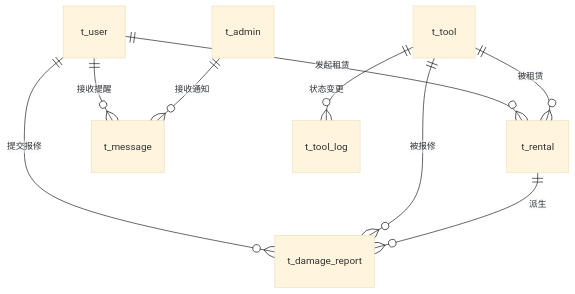
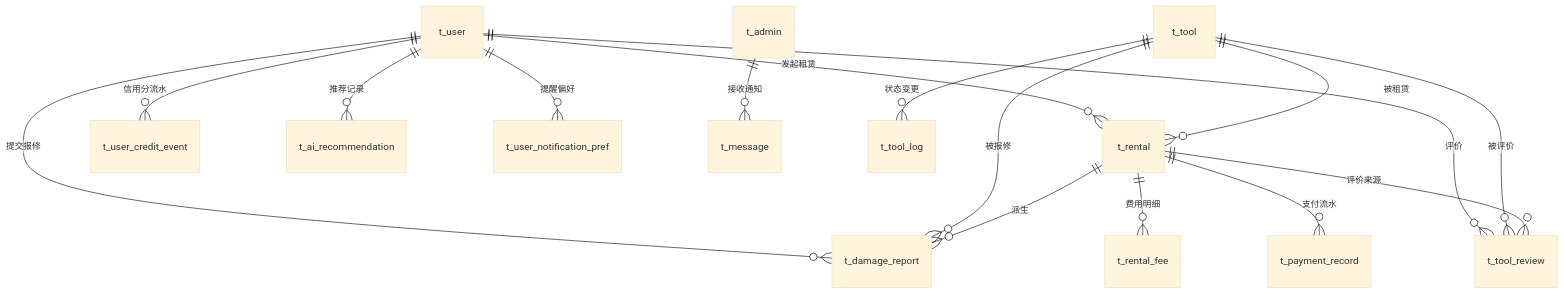
The second of 2 diagrams in README.md (cd-water/tool-share), drawn with Mermaid (base theme) before and after one commit. The commit also changed other lines of this file and 139 other files, not shown here.

````diff
--- a/README.md
+++ b/README.md
@@ -55,11 +118,18 @@
 ```mermaid
 erDiagram
     t_user ||--o{ t_rental : "发起租赁"
     t_user ||--o{ t_damage_report : "提交报修"
-    t_user ||--o{ t_message : "接收提醒"
+    t_user ||--o{ t_tool_review : "评价"
+    t_user ||--o{ t_user_credit_event : "信用分流水"
+    t_user ||--o{ t_ai_recommendation : "推荐记录"
+    t_user ||--o{ t_user_notification_pref : "提醒偏好"
     t_admin ||--o{ t_message : "接收通知"
     t_tool ||--o{ t_tool_log : "状态变更"
     t_tool ||--o{ t_rental : "被租赁"
+    t_tool ||--o{ t_tool_review : "被评价"
     t_tool ||--o{ t_damage_report : "被报修"
     t_rental ||--o{ t_damage_report : "派生"
+    t_rental ||--o{ t_rental_fee : "费用明细"
+    t_rental ||--o{ t_payment_record : "支付流水"
+    t_rental ||--o{ t_tool_review : "评价来源"
 ```
````
